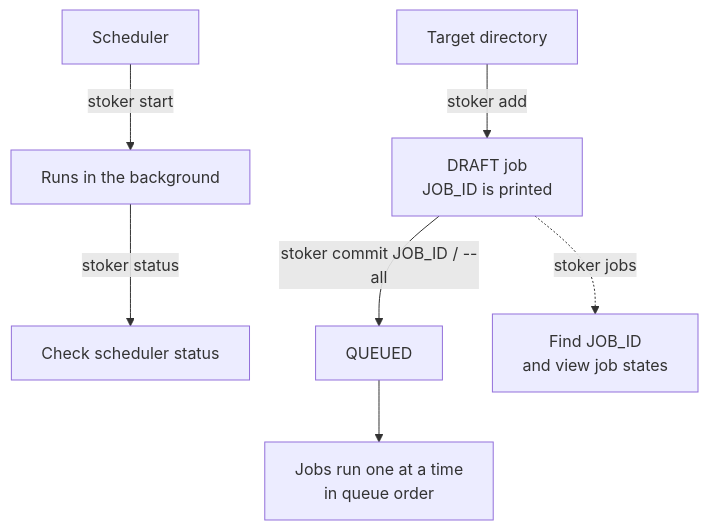
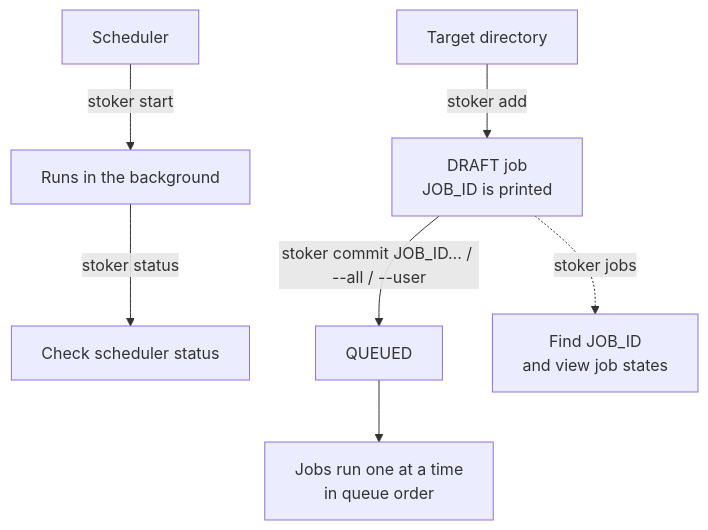
One commit to qinodes/stoker changed the diagram in README.md. Above: the diagram before and after it, drawn with Mermaid. The commit also changed other lines of this file and 11 other files, not shown here.

Commit message:
feat(commit): support batch and per-user draft commits

````diff
--- a/README.md
+++ b/README.md
@@ -122,9 +125,9 @@
 ```mermaid
 flowchart TD
     S[Scheduler] -->|stoker start| R[Runs in the background]
     R -->|stoker status| T[Check scheduler status]
     D[Target directory] -->|stoker add| J[DRAFT job<br/>JOB_ID is printed]
-    J -->|stoker commit JOB_ID / --all| Q[QUEUED]
+    J -->|stoker commit JOB_ID... / --all / --user| Q[QUEUED]
     J -.->|stoker jobs| L[Find JOB_ID<br/>and view job states]
     Q --> E[Jobs run one at a time<br/>in queue order]
 ```
````
